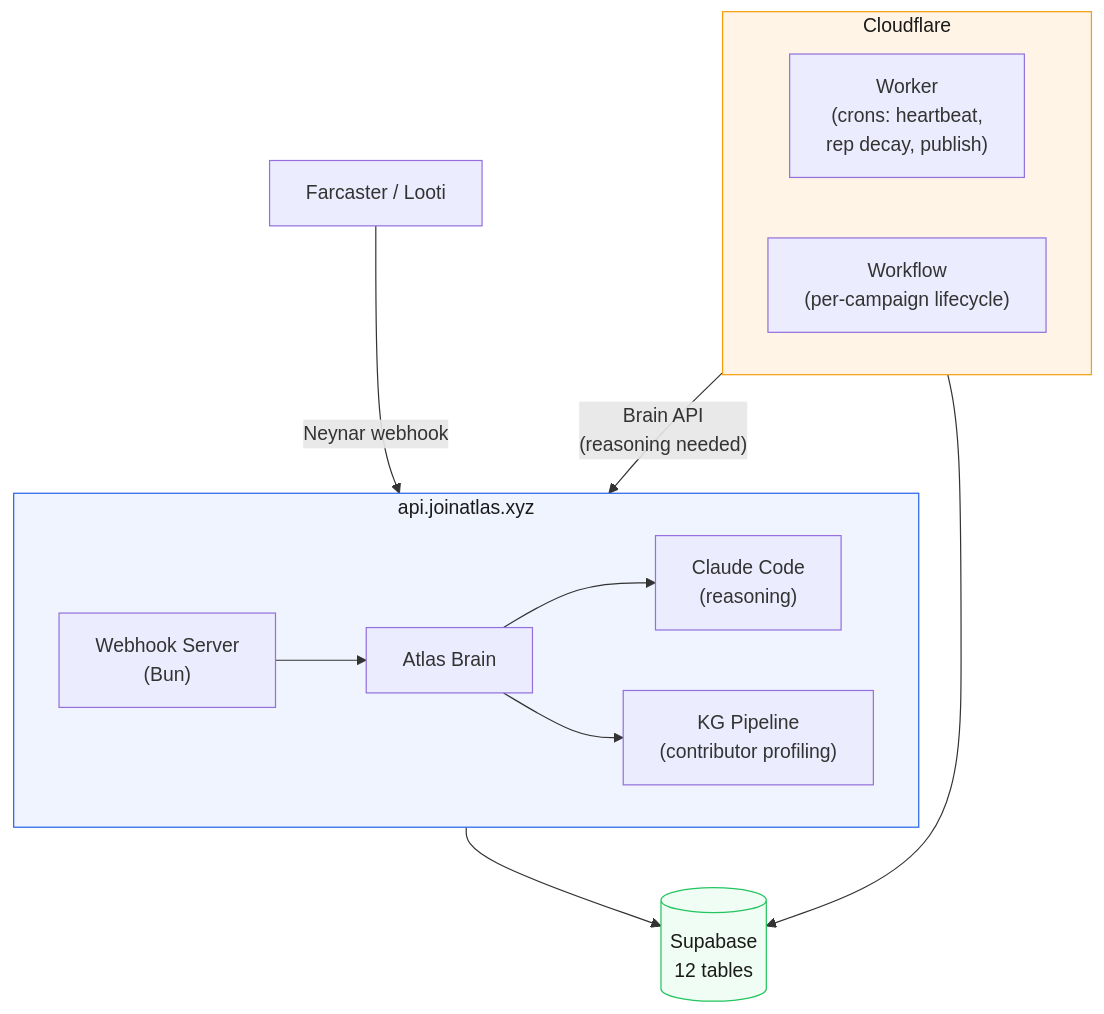
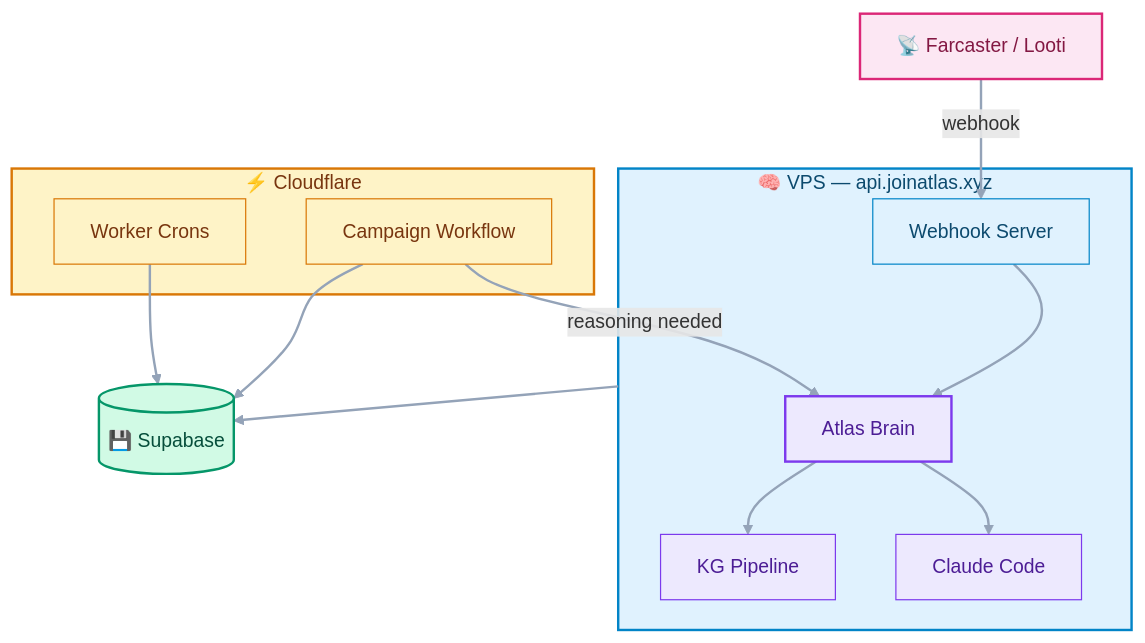
One commit to Atlas-World-Model/atlas changed the third of 4 diagrams in README.md. Above: the diagram before and after it, drawn with Mermaid. The commit also changed other lines of this file, not shown here.

First line of the commit message:
polish Mermaid diagrams with cohesive color palette

````diff
--- a/README.md
+++ b/README.md
@@ -81,25 +69,35 @@
 ```mermaid
 graph TB
-    FC["Farcaster / Looti"] -->|"Neynar webhook"| VPS
+    FC["📡 Farcaster / Looti"] -->|"webhook"| WH
 
-    subgraph VPS["api.joinatlas.xyz"]
-        WH["Webhook Server\n(Bun)"] --> BRAIN["Atlas Brain"]
-        BRAIN --> CLAUDE["Claude Code\n(reasoning)"]
-        BRAIN --> KG["KG Pipeline\n(contributor profiling)"]
+    subgraph VPS["🧠 VPS — api.joinatlas.xyz"]
+        WH["Webhook Server"] --> BRAIN["Atlas Brain"]
+        BRAIN --> CLAUDE["Claude Code"]
+        BRAIN --> KG["KG Pipeline"]
     end
 
-    subgraph CF["Cloudflare"]
-        WORKER["Worker\n(crons: heartbeat,\nrep decay, publish)"]
-        WF["Workflow\n(per-campaign lifecycle)"]
+    subgraph CF["⚡ Cloudflare"]
+        WORKER["Worker Crons"]
+        WF["Campaign Workflow"]
     end
 
-    CF -->|"Brain API\n(reasoning needed)"| VPS
+    WF -->|"reasoning needed"| BRAIN
+    WORKER --> DB
+    WF --> DB
     VPS --> DB
-    CF --> DB
 
-    DB[("Supabase\n12 tables")]
+    DB[("💾 Supabase")]
 
-    style VPS fill:#f0f4ff,stroke:#2563eb,color:#1a1a1a
-    style CF fill:#fff4e6,stroke:#f59e0b,color:#1a1a1a
-    style DB fill:#f0fdf4,stroke:#22c55e,color:#1a1a1a
+    style VPS fill:#e0f2fe,stroke:#0284c7,stroke-width:2px,color:#0c4a6e
+    style CF fill:#fef3c7,stroke:#d97706,stroke-width:2px,color:#78350f
+    style DB fill:#d1fae5,stroke:#059669,stroke-width:2px,color:#064e3b
+    style FC fill:#fce7f3,stroke:#db2777,stroke-width:2px,color:#831843
+    style WH fill:#e0f2fe,stroke:#0284c7,color:#0c4a6e
+    style BRAIN fill:#ede9fe,stroke:#7c3aed,stroke-width:2px,color:#4c1d95
+    style CLAUDE fill:#ede9fe,stroke:#7c3aed,color:#4c1d95
+    style KG fill:#ede9fe,stroke:#7c3aed,color:#4c1d95
+    style WORKER fill:#fef3c7,stroke:#d97706,color:#78350f
+    style WF fill:#fef3c7,stroke:#d97706,color:#78350f
+
+    linkStyle default stroke:#94a3b8,stroke-width:2px
 ```
````
